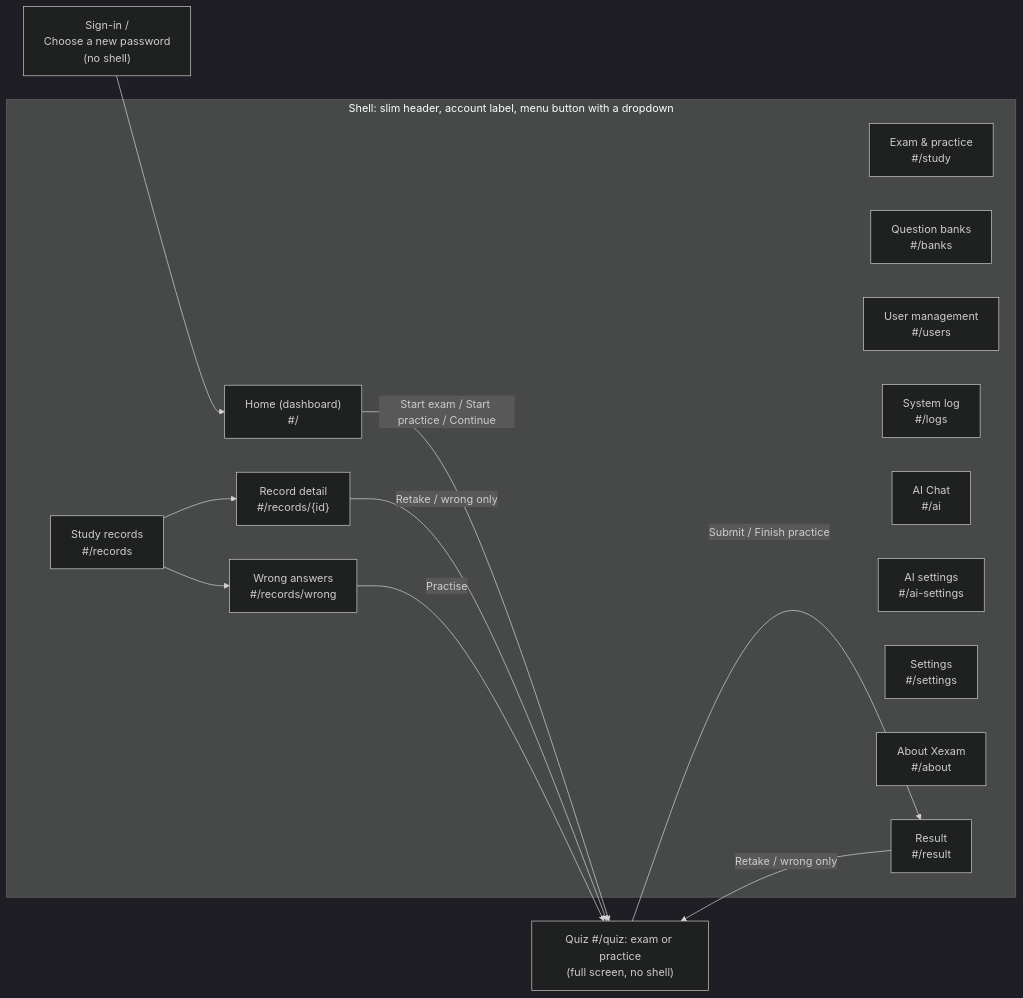
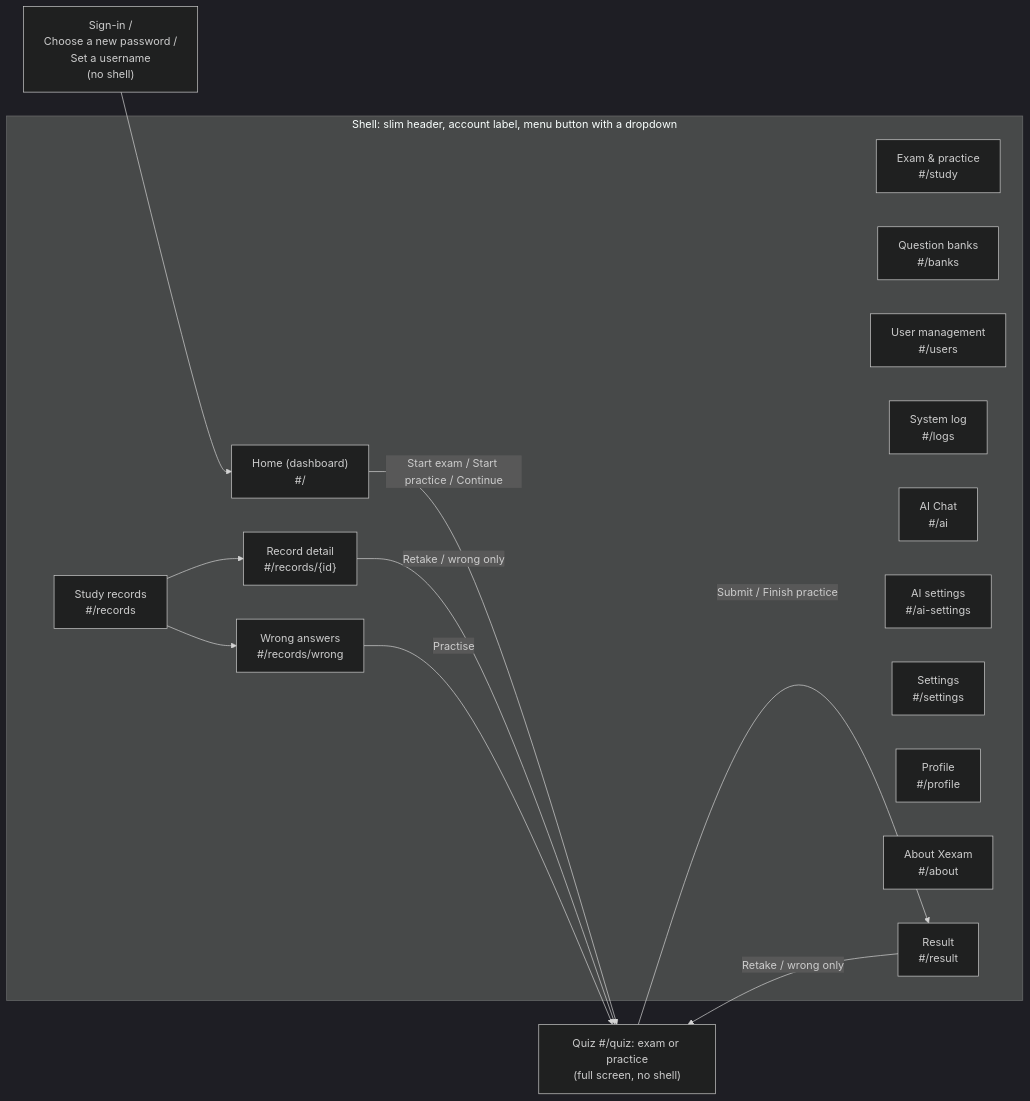
Before and after one commit to Yumin-Space/xexam: the fifth of 8 diagrams in docs/en/architecture.md, drawn with Mermaid (dark theme). The commit also changed other lines of this file and 330 other files, not shown here.

Commit message:
v2.6: usernames and e-mail sign-in, Profile page, hand-written look, Home boards and AI study assessment, default question language, users and log paging

````diff
--- a/docs/en/architecture.md
+++ b/docs/en/architecture.md
@@ -386,27 +387,28 @@
 ```mermaid
 flowchart LR
-    SI["Sign-in /<br/>Choose a new password<br/>(no shell)"] --> H
+    SI["Sign-in /<br/>Choose a new password /<br/>Set a username<br/>(no shell)"] --> H
     subgraph shell["Shell: slim header, account label, menu button with a dropdown"]
         H["Home (dashboard)<br/>#/"]
         ST["Exam & practice<br/>#/study"]
         B["Question banks<br/>#/banks"]
         R["Study records<br/>#/records"]
         US["User management<br/>#/users"]
         LG["System log<br/>#/logs"]
         AI["AI Chat<br/>#/ai"]
         AIS["AI settings<br/>#/ai-settings"]
         S["Settings<br/>#/settings"]
+        P["Profile<br/>#/profile"]
         AB["About Xexam<br/>#/about"]
         D["Record detail<br/>#/records/{id}"]
         W["Wrong answers<br/>#/records/wrong"]
         RS["Result<br/>#/result"]
     end
     Q["Quiz #/quiz: exam or practice<br/>(full screen, no shell)"]
     R --> D
     R --> W
     H -->|"Start exam / Start practice / Continue"| Q
     Q -->|"Submit / Finish practice"| RS
     RS -->|"Retake / wrong only"| Q
     D -->|"Retake / wrong only"| Q
     W -->|"Practise"| Q
 ```
````
